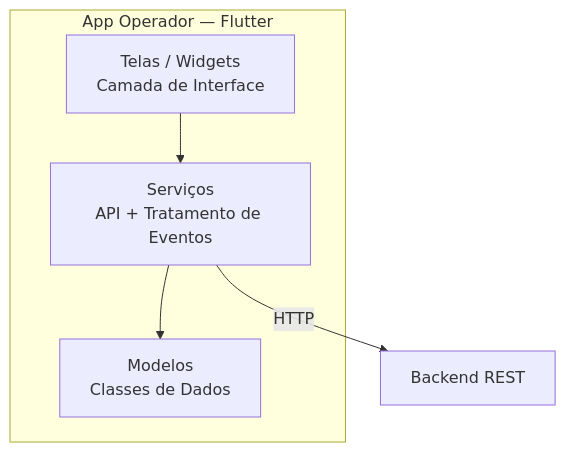
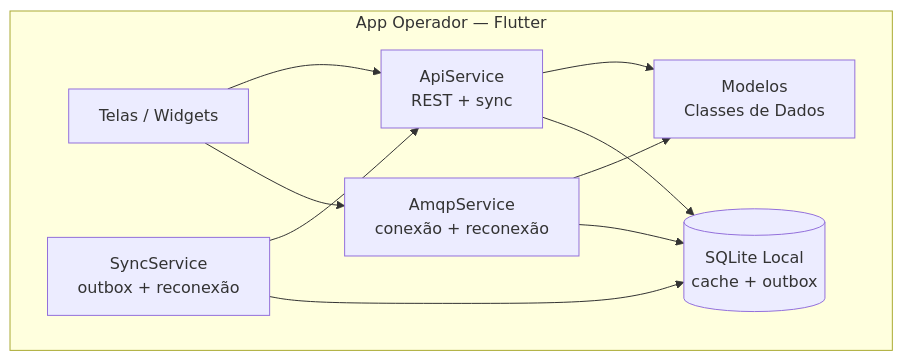
Before and after one commit to art1544/PlantOS-LAMD: the sixth of 11 diagrams in docs/sprint1/arquitetura.md, drawn with Mermaid. The commit also changed other lines of this file and 5 other files, not shown here.

First line of the commit message:
feat: enhance architecture documentation for PlantOS

````diff
--- a/docs/sprint1/arquitetura.md
+++ b/docs/sprint1/arquitetura.md
@@ -171,11 +236,20 @@
 ```mermaid
 graph TB
     subgraph "App Operador — Flutter"
-        UI[Telas / Widgets<br/>Camada de Interface]
-        SVC[Serviços<br/>API + Tratamento de Eventos]
+        UI[Telas / Widgets]
+        SVC_API[ApiService<br/>REST + sync]
+        SVC_MQ[AmqpService<br/>conexão + reconexão]
+        SVC_SYNC[SyncService<br/>outbox + reconexão]
         MDL[Modelos<br/>Classes de Dados]
+        DB_L[(SQLite Local<br/>cache + outbox)]
     end
-    UI --> SVC
-    SVC --> MDL
-    SVC -->|HTTP| EXT[Backend REST]
+
+    UI --> SVC_API
+    UI --> SVC_MQ
+    SVC_API --> MDL
+    SVC_MQ --> MDL
+    SVC_SYNC --> SVC_API
+    SVC_SYNC --> DB_L
+    SVC_API --> DB_L
+    SVC_MQ --> DB_L
 ```
````
